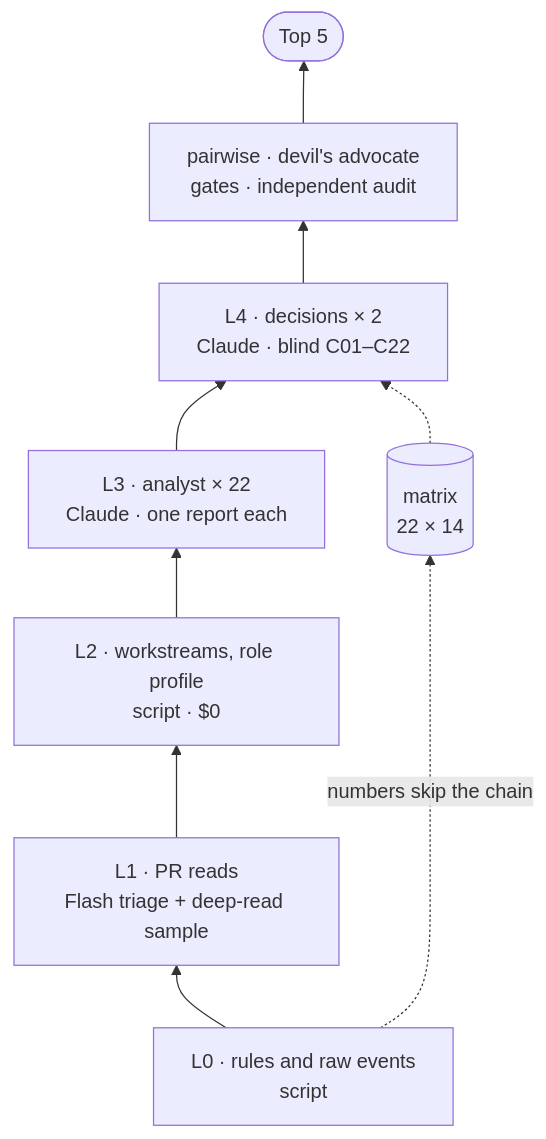
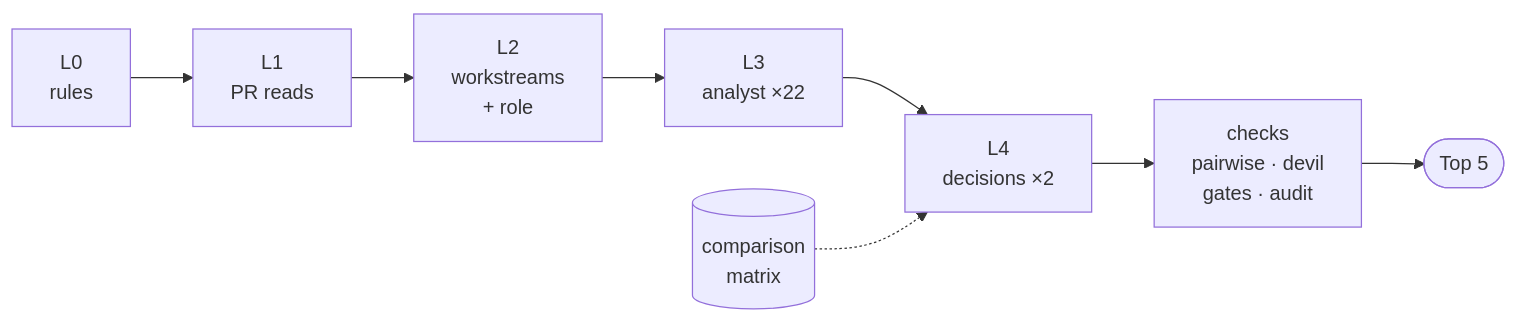
One commit to yuanyunchen/posthog-impact-dashboard changed the diagram in README.md. Above: the diagram before and after it, drawn with Mermaid. The commit also changed other lines of this file and 6 other files, not shown here.

````diff
--- a/README.md
+++ b/README.md
@@ -57,10 +48,5 @@
 ```mermaid
-flowchart BT
-    L0["L0 · rules and raw events<br/>script"] --> L1["L1 · PR reads<br/>Flash triage + deep-read sample"]
-    L1 --> L2["L2 · workstreams, role profile<br/>script · $0"]
-    L2 --> L3["L3 · analyst × 22<br/>Claude · one report each"]
-    L3 --> L4["L4 · decisions × 2<br/>Claude · blind C01–C22"]
-    L4 --> G["pairwise · devil's advocate<br/>gates · independent audit"]
-    G --> T(["Top 5"])
-    L0 -. "numbers skip the chain" .-> M[("matrix<br/>22 × 14")] -.-> L4
+flowchart LR
+    L0["L0<br/>rules"] --> L1["L1<br/>PR reads"] --> L2["L2<br/>workstreams<br/>+ role"] --> L3["L3<br/>analyst ×22"] --> L4["L4<br/>decisions ×2"] --> K["checks<br/>pairwise · devil<br/>gates · audit"] --> T(["Top 5"])
+    M[("comparison<br/>matrix")] -.-> L4
 ```
````
